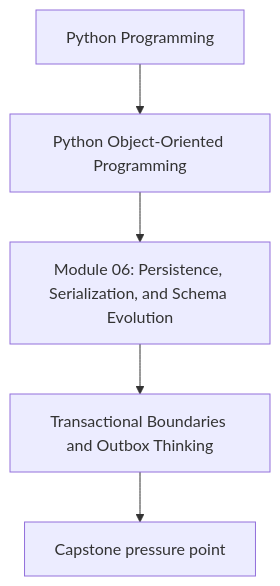
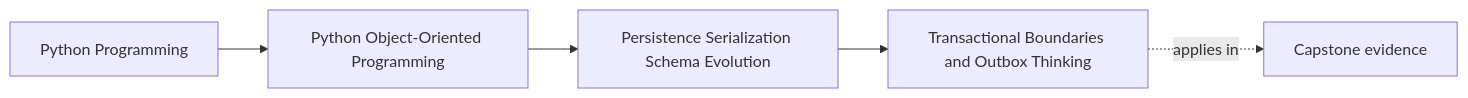
Before and after one commit to bijux/bijux-masterclass: the first of 2 diagrams in programs/python-programming/python-object-oriented-programming/course-book/module-06-persistence-serialization-schema-evolution/transactional-boundaries-and-outbox-thinking.md, drawn with Mermaid. The commit also changed other lines of this file and 103 other files, not shown here.

Commit message:
docs(python-object-oriented-programming): map sustainment and capstone surfaces

````diff
--- a/programs/python-programming/python-object-oriented-programming/course-book/module-06-persistence-serialization-schema-evolution/transactional-boundaries-and-outbox-thinking.md
+++ b/programs/python-programming/python-object-oriented-programming/course-book/module-06-persistence-serialization-schema-evolution/transactional-boundaries-and-outbox-thinking.md
@@ -7,7 +7,11 @@
 ```mermaid
-flowchart TD
-  family["Python Programming"] --> program["Python Object-Oriented Programming"]
-  program --> module["Module 06: Persistence, Serialization, and Schema Evolution"]
-  module --> concept["Transactional Boundaries and Outbox Thinking"]
-  concept --> capstone["Capstone pressure point"]
+graph LR
+  family["Python Programming"]
+  program["Python Object-Oriented Programming"]
+  section["Persistence Serialization Schema Evolution"]
+  page["Transactional Boundaries and Outbox Thinking"]
+  capstone["Capstone evidence"]
+
+  family --> program --> section --> page
+  page -.applies in.-> capstone
 ```
````
